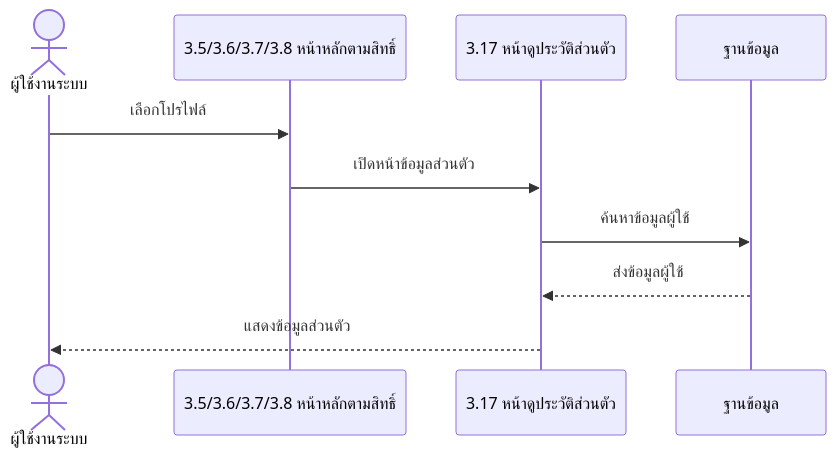
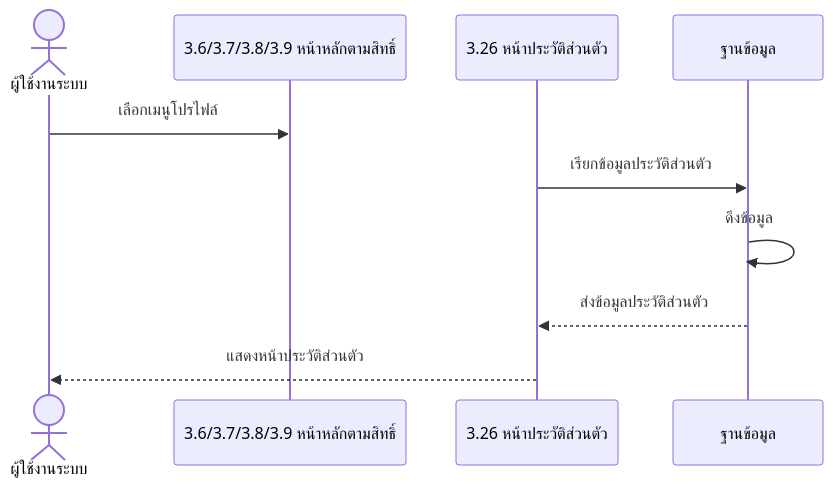
Before and after one commit to nonkanisorn/helpdesk-systemv2: the eighth of 20 diagrams in sequence-diagrams.md, drawn with Mermaid. The commit also changed other lines of this file and 132 other files, not shown here.

````diff
--- a/sequence-diagrams.md
+++ b/sequence-diagrams.md
@@ -140,12 +150,12 @@
 ```mermaid
 sequenceDiagram
     actor Aactor as ผู้ใช้งานระบบ
-    participant Home as 3.5/3.6/3.7/3.8 หน้าหลักตามสิทธิ์
-    participant Profile as 3.17 หน้าดูประวัติส่วนตัว
+    participant MainPage as 3.6/3.7/3.8/3.9 หน้าหลักตามสิทธิ์
+    participant Profile as 3.26 หน้าประวัติส่วนตัว
     participant DB as ฐานข้อมูล
-    Aactor->>Home: เลือกโปรไฟล์
-    Home->>Profile: เปิดหน้าข้อมูลส่วนตัว
-    Profile->>DB: ค้นหาข้อมูลผู้ใช้
-    DB-->>Profile: ส่งข้อมูลผู้ใช้
-    Profile-->>Aactor: แสดงข้อมูลส่วนตัว
+    Aactor->>MainPage: เลือกเมนูโปรไฟล์
+Profile->>DB:เรียกข้อมูลประวัติส่วนตัว
+DB->>DB:ดึงข้อมูล
+DB-->>Profile:ส่งข้อมูลประวัติส่วนตัว
+Profile-->>Aactor:แสดงหน้าประวัติส่วนตัว
 ```
````
